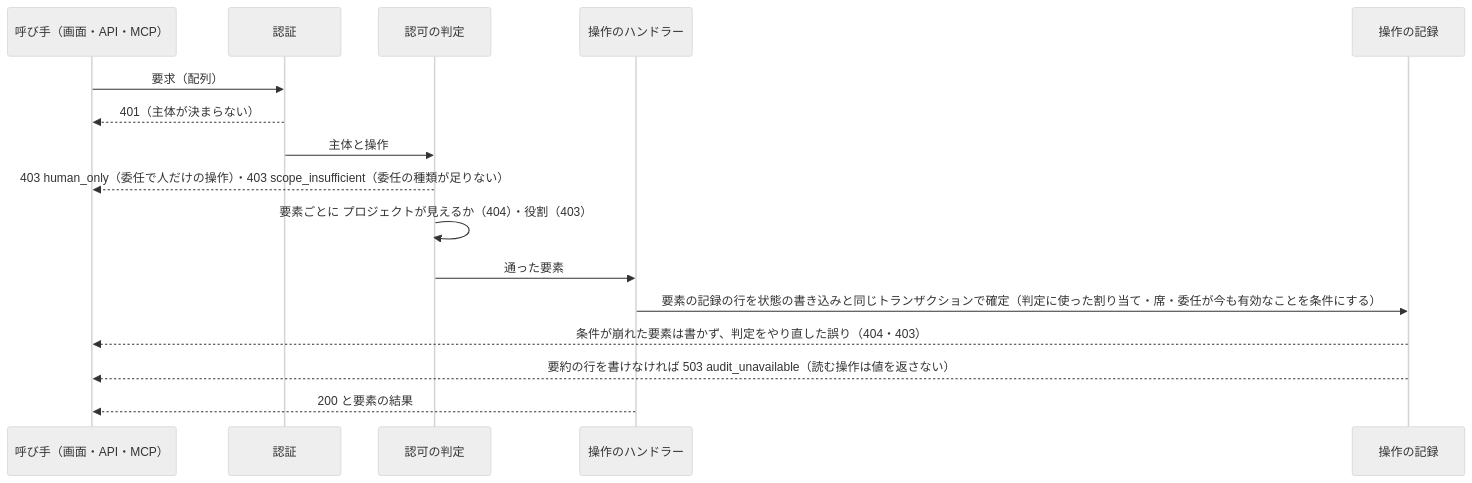
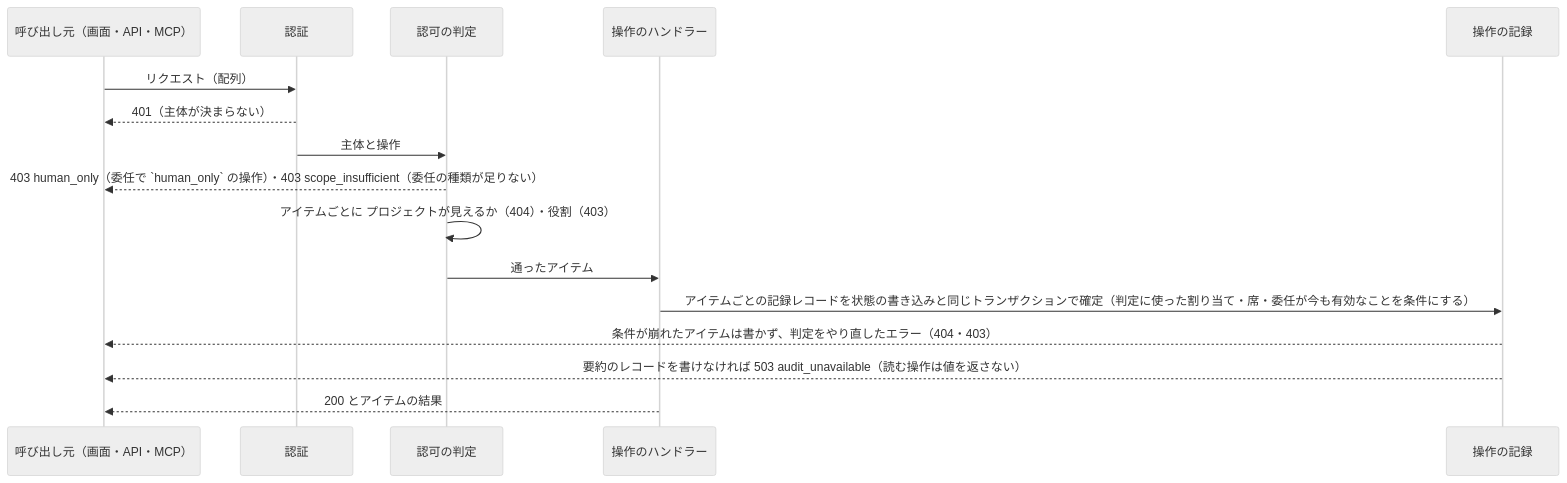
The first of 4 diagrams in docs/design/api.md (devbasex/nd-factory), drawn with Mermaid (neutral theme) before and after one commit. The commit also changed other lines of this file and 114 other files, not shown here.

````diff
--- a/docs/design/api.md
+++ b/docs/design/api.md
@@ -374,18 +445,18 @@
 ```mermaid
 sequenceDiagram
-    participant C as 呼び手（画面・API・MCP）
+    participant C as 呼び出し元（画面・API・MCP）
     participant A as 認証
     participant Z as 認可の判定
     participant H as 操作のハンドラー
     participant L as 操作の記録
-    C->>A: 要求（配列）
+    C->>A: リクエスト（配列）
     A-->>C: 401（主体が決まらない）
     A->>Z: 主体と操作
-    Z-->>C: 403 human_only（委任で人だけの操作）・403 scope_insufficient（委任の種類が足りない）
-    Z->>Z: 要素ごとに プロジェクトが見えるか（404）・役割（403）
-    Z->>H: 通った要素
-    H->>L: 要素の記録の行を状態の書き込みと同じトランザクションで確定（判定に使った割り当て・席・委任が今も有効なことを条件にする）
-    L-->>C: 条件が崩れた要素は書かず、判定をやり直した誤り（404・403）
-    L-->>C: 要約の行を書けなければ 503 audit_unavailable（読む操作は値を返さない）
-    H-->>C: 200 と要素の結果
+    Z-->>C: 403 human_only（委任で `human_only` の操作）・403 scope_insufficient（委任の種類が足りない）
+    Z->>Z: アイテムごとに プロジェクトが見えるか（404）・役割（403）
+    Z->>H: 通ったアイテム
+    H->>L: アイテムごとの記録レコードを状態の書き込みと同じトランザクションで確定（判定に使った割り当て・席・委任が今も有効なことを条件にする）
+    L-->>C: 条件が崩れたアイテムは書かず、判定をやり直したエラー（404・403）
+    L-->>C: 要約のレコードを書けなければ 503 audit_unavailable（読む操作は値を返さない）
+    H-->>C: 200 とアイテムの結果
 ```
````
